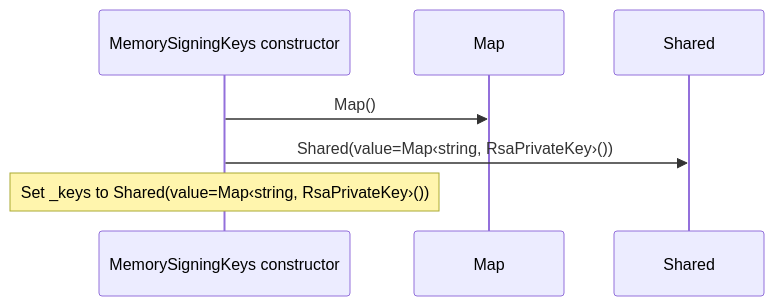
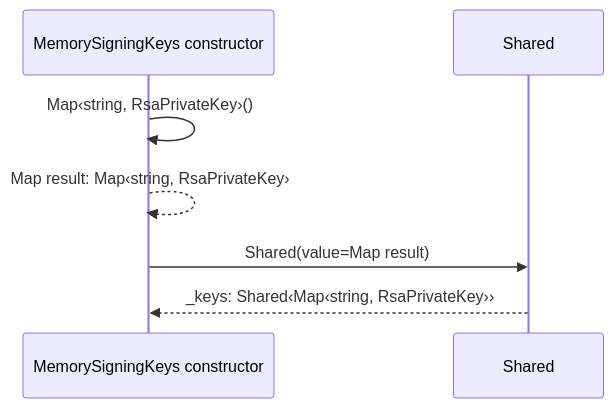
One commit to GreenPandaStudios/augscript changed the second of 6 diagrams in docs/examples/oidc-login/common/keys-diagrams.md. Above: the diagram before and after it, drawn with Mermaid. The commit also changed other lines of this file and 304 other files, not shown here.

Commit message:
Make generated data-flow sequences concise and review every diagram

````diff
--- a/docs/examples/oidc-login/common/keys-diagrams.md
+++ b/docs/examples/oidc-login/common/keys-diagrams.md
@@ -95,9 +72,9 @@
 ```mermaid
 sequenceDiagram
     participant p0 as MemorySigningKeys constructor
-    participant p1 as Map
-    participant p2 as Shared
-    p0->>p1: Map()
-    p0->>p2: Shared(value=Map‹string, RsaPrivateKey›())
-    Note over p0: Set _keys to Shared(value=Map‹string, RsaPrivateKey›())
+    participant p1 as Shared
+    p0->>p0: Map‹string, RsaPrivateKey›()
+    p0-->>p0: Map result: Map‹string, RsaPrivateKey›
+    p0->>p1: Shared(value=Map result)
+    p1-->>p0: _keys: Shared‹Map‹string, RsaPrivateKey››
 ```
````
